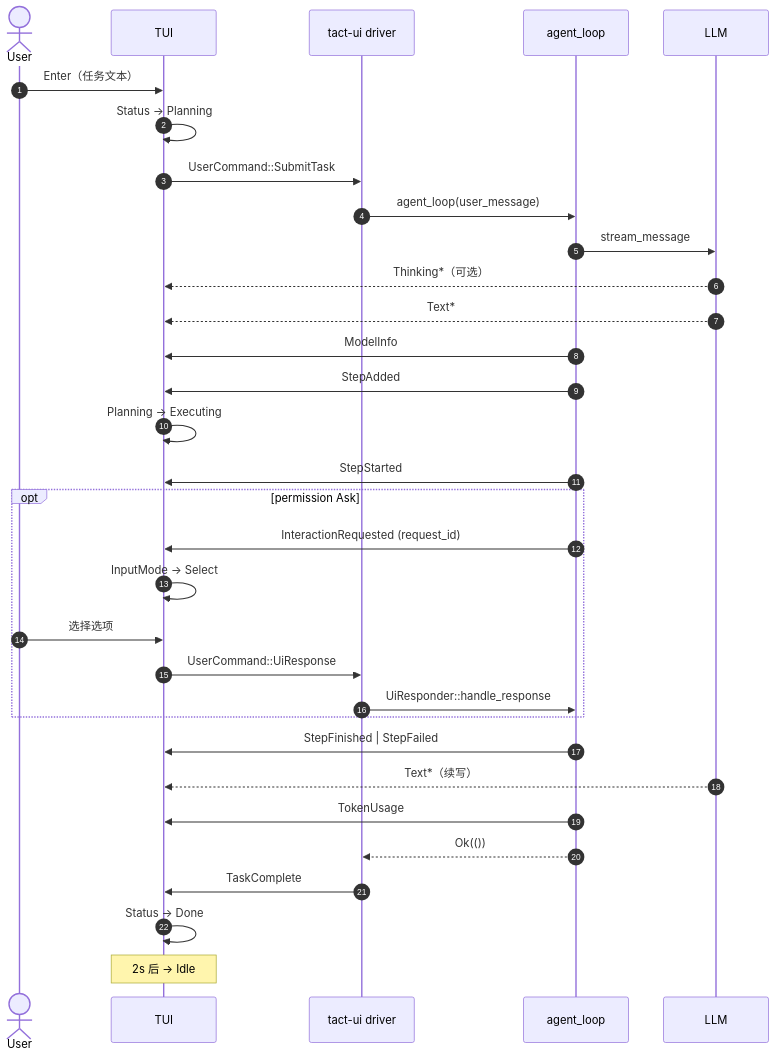
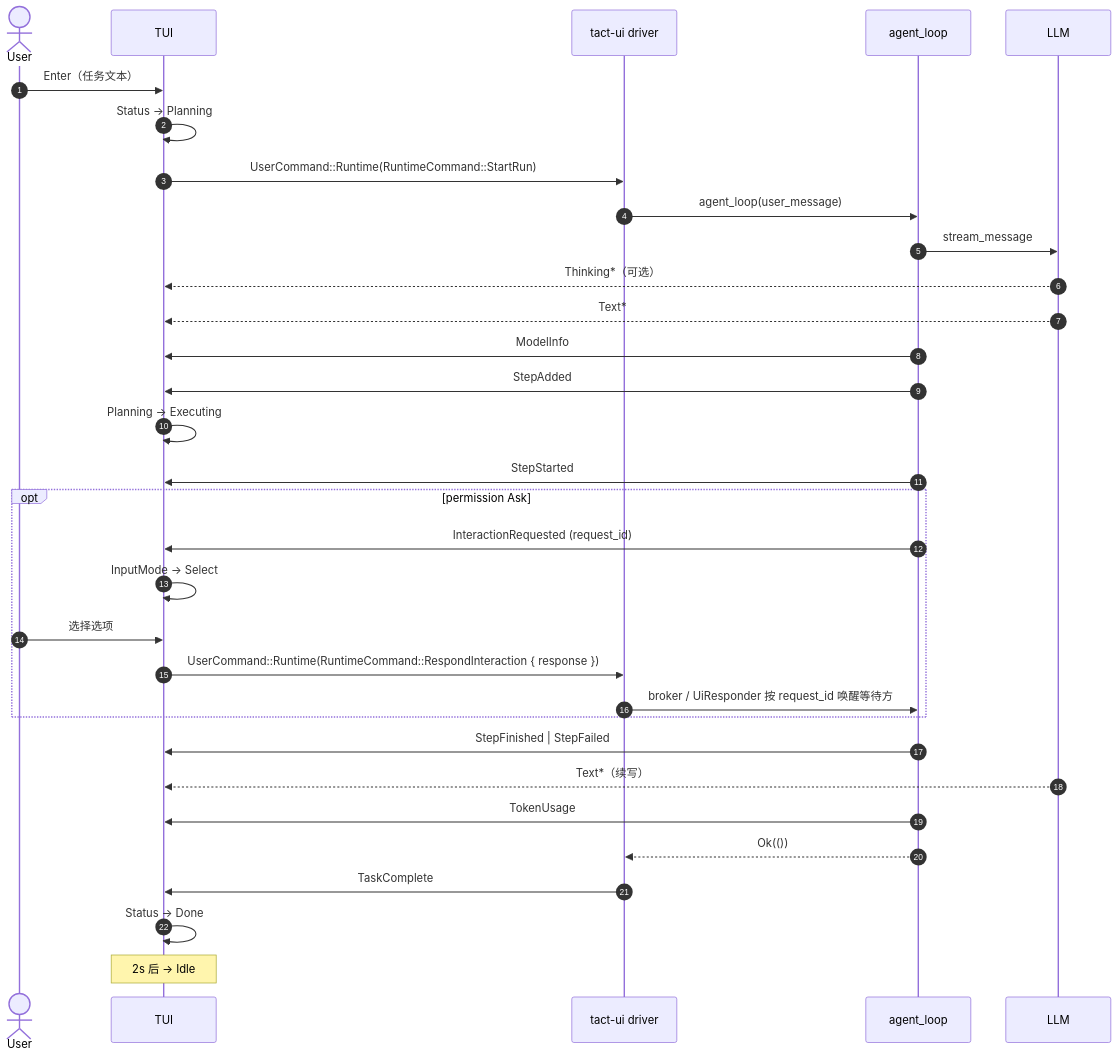
Before and after one commit to rust-infra/tact: the ninth of 9 diagrams in book/25_chapter_protocol_zh.md, drawn with Mermaid. The commit also changed other lines of this file and 1 other file, not shown here.

````diff
--- a/book/25_chapter_protocol_zh.md
+++ b/book/25_chapter_protocol_zh.md
@@ -339,40 +400,40 @@
 ```mermaid
 sequenceDiagram
     autonumber
     actor User
     participant TUI
     participant Driver as tact-ui driver
     participant Agent as agent_loop
     participant LLM
 
     User->>TUI: Enter（任务文本）
     TUI->>TUI: Status → Planning
-    TUI->>Driver: UserCommand::SubmitTask
+    TUI->>Driver: UserCommand::Runtime(RuntimeCommand::StartRun)
 
     Driver->>Agent: agent_loop(user_message)
     Agent->>LLM: stream_message
     LLM-->>TUI: Thinking*（可选）
     LLM-->>TUI: Text*
     Agent->>TUI: ModelInfo
 
     Agent->>TUI: StepAdded
     TUI->>TUI: Planning → Executing
     Agent->>TUI: StepStarted
 
     opt permission Ask
         Agent->>TUI: InteractionRequested (request_id)
         TUI->>TUI: InputMode → Select
         User->>TUI: 选择选项
-        TUI->>Driver: UserCommand::UiResponse
-        Driver->>Agent: UiResponder::handle_response
+        TUI->>Driver: UserCommand::Runtime(RuntimeCommand::RespondInteraction { response })
+        Driver->>Agent: broker / UiResponder 按 request_id 唤醒等待方
     end
 
     Agent->>TUI: StepFinished | StepFailed
     LLM-->>TUI: Text*（续写）
     Agent->>TUI: TokenUsage
 
     Agent-->>Driver: Ok(())
     Driver->>TUI: TaskComplete
     TUI->>TUI: Status → Done
     Note over TUI: 2s 后 → Idle
 ```
````
